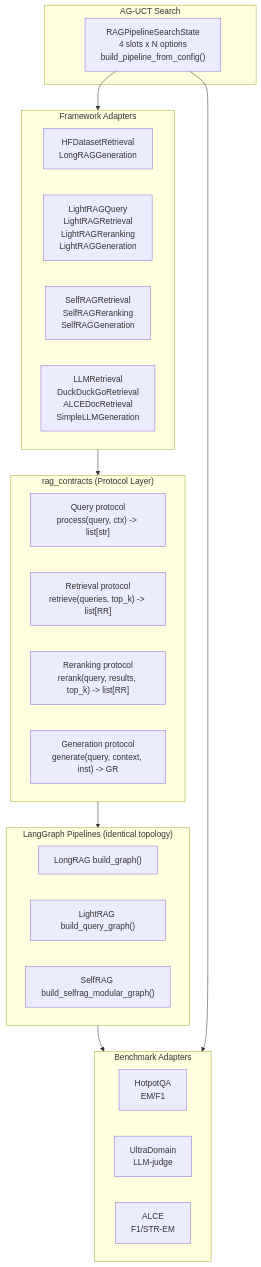
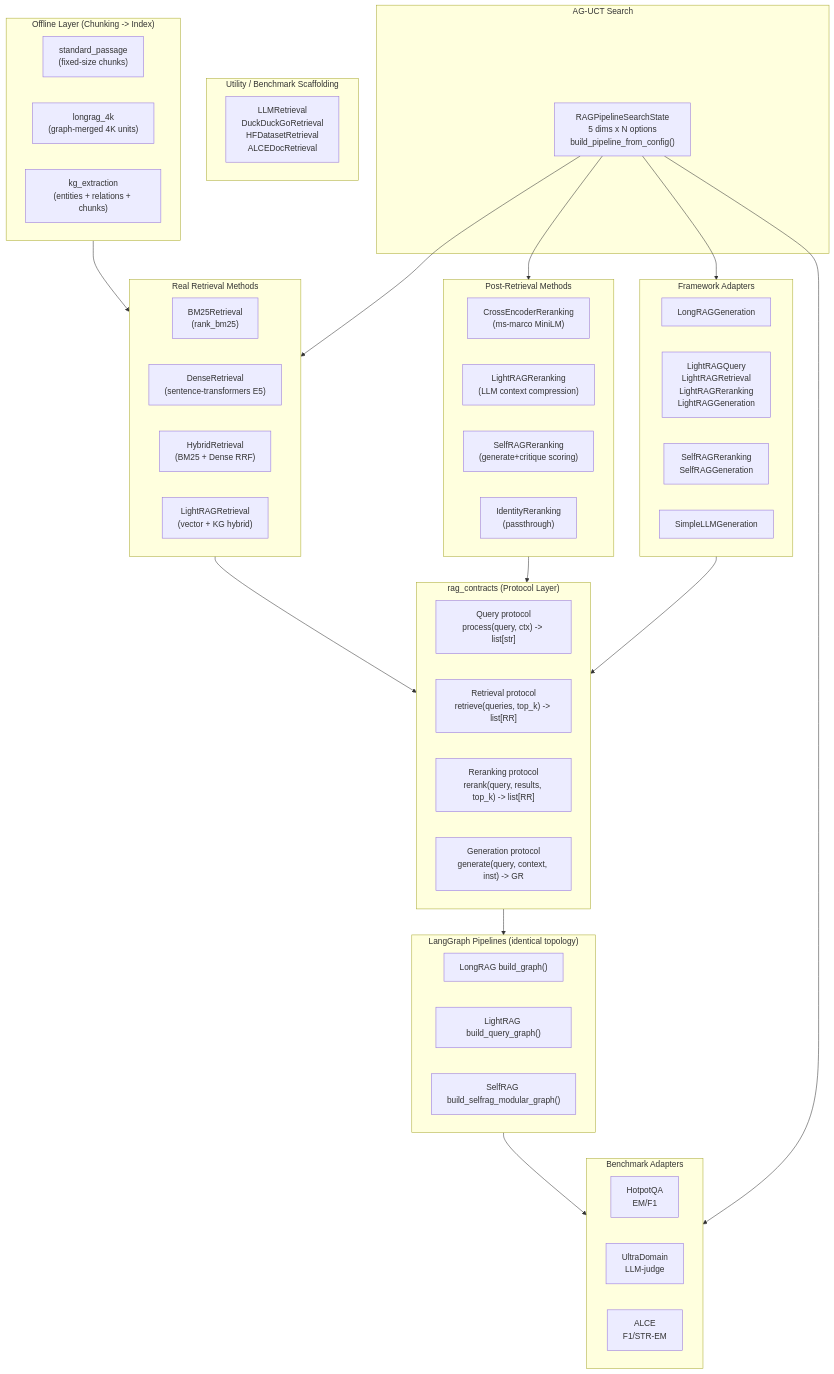
Before and after one commit to KataDavidXD/OminiRAG: the first of 2 diagrams in README.md, drawn with Mermaid. The commit also changed other lines of this file and 18 other files, not shown here.

````diff
--- a/README.md
+++ b/README.md
@@ -27,38 +31,67 @@
 ```mermaid
 graph TB
+    subgraph Offline["Offline Layer (Chunking -> Index)"]
+        C_SP["standard_passage<br/>(fixed-size chunks)"]
+        C_LR["longrag_4k<br/>(graph-merged 4K units)"]
+        C_KG["kg_extraction<br/>(entities + relations + chunks)"]
+    end
+
+    subgraph Retrieval_Methods["Real Retrieval Methods"]
+        R_BM25["BM25Retrieval<br/>(rank_bm25)"]
+        R_Dense["DenseRetrieval<br/>(sentence-transformers E5)"]
+        R_Hybrid["HybridRetrieval<br/>(BM25 + Dense RRF)"]
+        R_LightRAG["LightRAGRetrieval<br/>(vector + KG hybrid)"]
+    end
+
+    subgraph PostRetrieval["Post-Retrieval Methods"]
+        PR_CE["CrossEncoderReranking<br/>(ms-marco MiniLM)"]
+        PR_LC["LightRAGReranking<br/>(LLM context compression)"]
+        PR_SC["SelfRAGReranking<br/>(generate+critique scoring)"]
+        PR_ID["IdentityReranking<br/>(passthrough)"]
+    end
+
     subgraph Protocols["rag_contracts (Protocol Layer)"]
         P_Q["Query protocol<br/>process(query, ctx) -> list[str]"]
         P_R["Retrieval protocol<br/>retrieve(queries, top_k) -> list[RR]"]
         P_RK["Reranking protocol<br/>rerank(query, results, top_k) -> list[RR]"]
         P_G["Generation protocol<br/>generate(query, context, inst) -> GR"]
     end
 
     subgraph Pipelines["LangGraph Pipelines (identical topology)"]
         longPipe["LongRAG build_graph()"]
         lightPipe["LightRAG build_query_graph()"]
         selfPipe["SelfRAG build_selfrag_modular_graph()"]
     end
 
     subgraph Adapters["Framework Adapters"]
-        longA["HFDatasetRetrieval<br/>LongRAGGeneration"]
+        longA["LongRAGGeneration"]
         lightA["LightRAGQuery<br/>LightRAGRetrieval<br/>LightRAGReranking<br/>LightRAGGeneration"]
-        selfA["SelfRAGRetrieval<br/>SelfRAGReranking<br/>SelfRAGGeneration"]
-        commonA["LLMRetrieval<br/>DuckDuckGoRetrieval<br/>ALCEDocRetrieval<br/>SimpleLLMGeneration"]
+        selfA["SelfRAGReranking<br/>SelfRAGGeneration"]
+        commonA["SimpleLLMGeneration"]
+    end
+
+    subgraph Utility["Utility / Benchmark Scaffolding"]
+        utilA["LLMRetrieval<br/>DuckDuckGoRetrieval<br/>HFDatasetRetrieval<br/>ALCEDocRetrieval"]
     end
 
     subgraph Benchmarks["Benchmark Adapters"]
         BH["HotpotQA<br/>EM/F1"]
         BU["UltraDomain<br/>LLM-judge"]
         BA["ALCE<br/>F1/STR-EM"]
     end
 
     subgraph Search["AG-UCT Search"]
-        UCT["RAGPipelineSearchState<br/>4 slots x N options<br/>build_pipeline_from_config()"]
+        UCT["RAGPipelineSearchState<br/>5 dims x N options<br/>build_pipeline_from_config()"]
     end
 
+    Offline --> Retrieval_Methods
+    Retrieval_Methods --> Protocols
+    PostRetrieval --> Protocols
     Protocols --> Pipelines
     Adapters --> Protocols
     Pipelines --> Benchmarks
     UCT --> Adapters
+    UCT --> Retrieval_Methods
+    UCT --> PostRetrieval
     UCT --> Benchmarks
 ```
````
